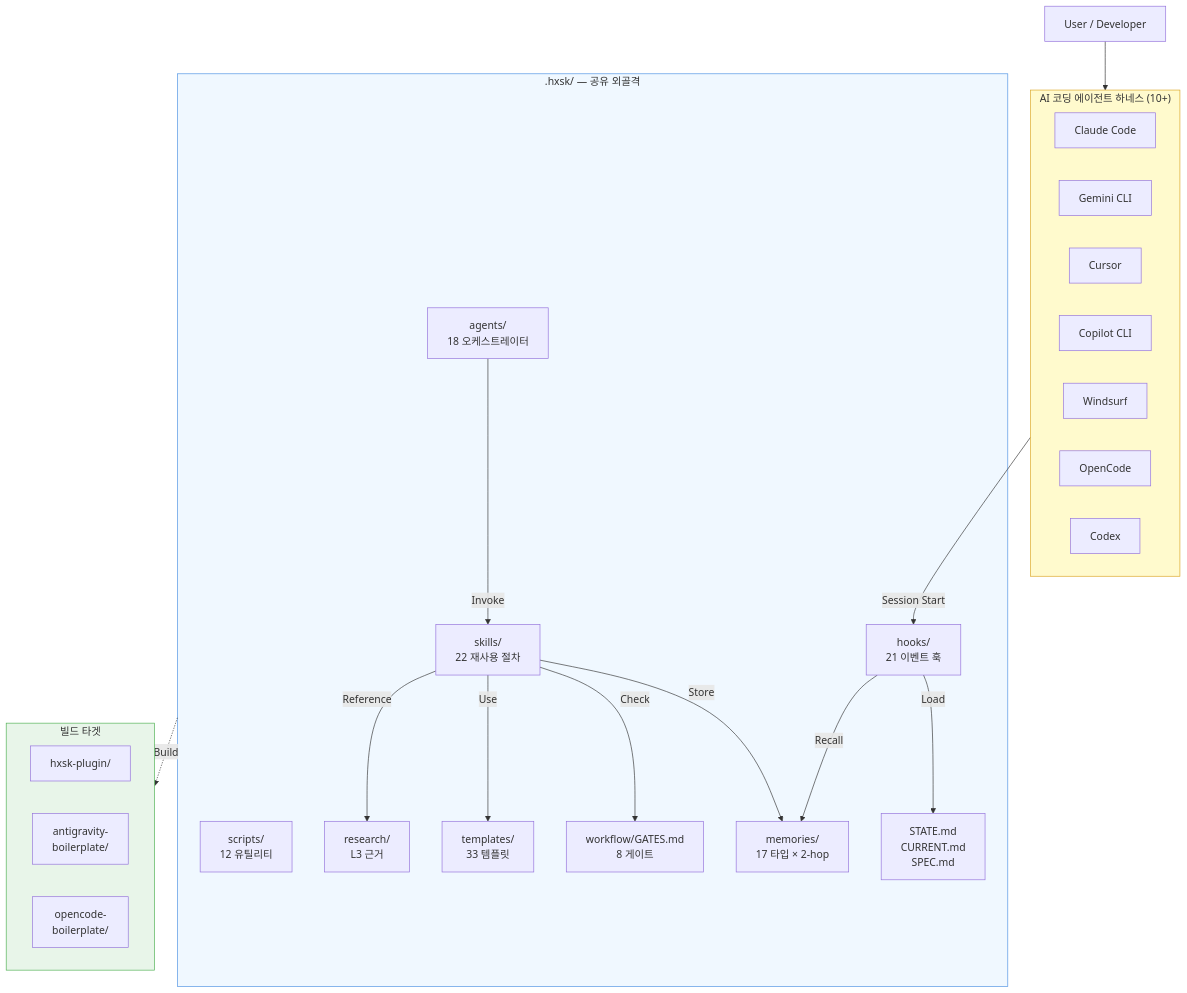
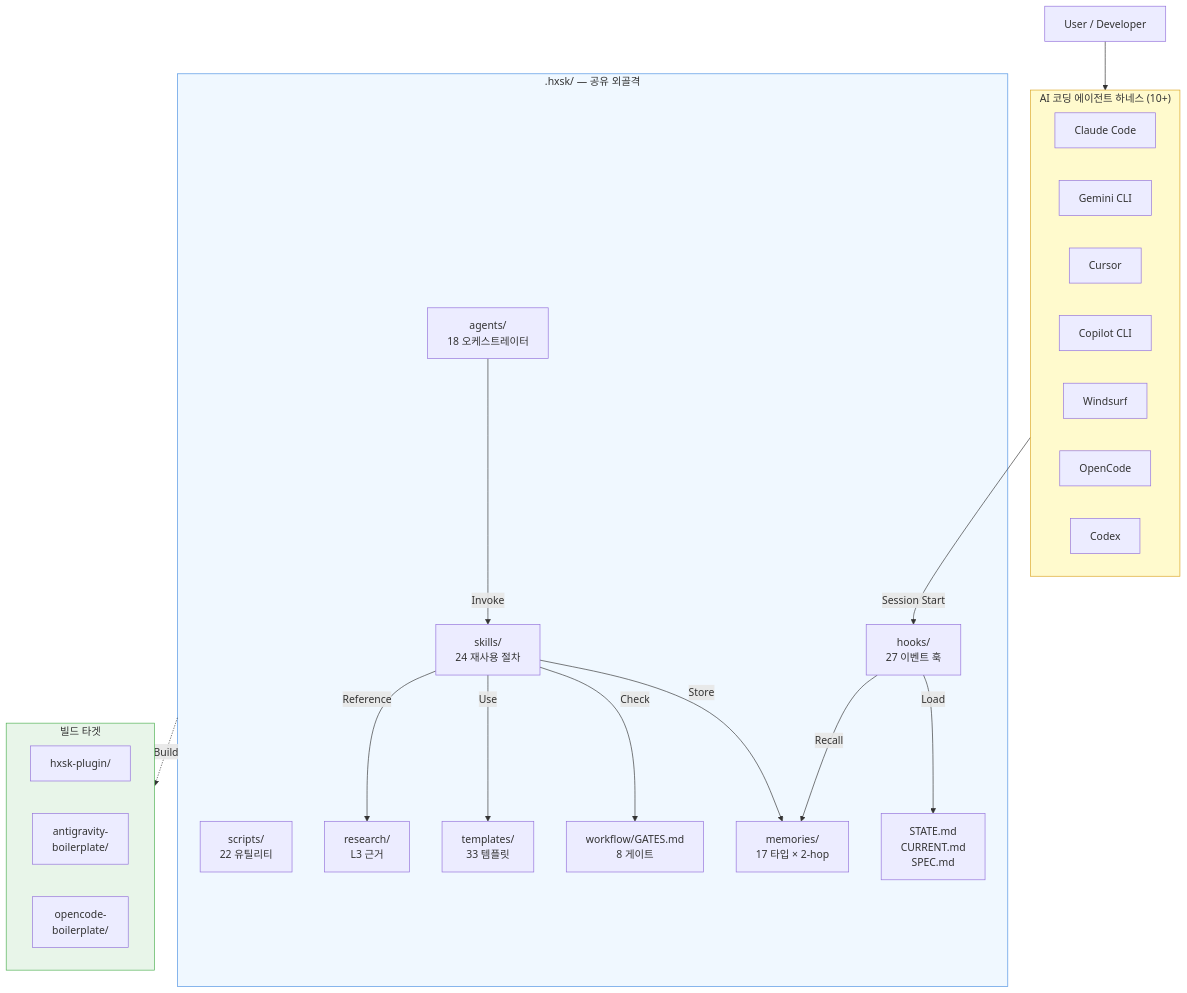
One commit to SukbeomH/HExoskeleton changed the first of 10 diagrams in docs/system-architecture.md. Above: the diagram before and after it, drawn with Mermaid. The commit also changed other lines of this file and 1 other file, not shown here.

Commit message:
docs(public): 코드베이스·시스템 구조 카운트 갱신
Ultraworked with [Sisyphus](https://github.com/code-yeongyu/oh-my-openagent)

````diff
--- a/docs/system-architecture.md
+++ b/docs/system-architecture.md
@@ -9,48 +9,48 @@
 ```mermaid
 graph TB
     User[User / Developer]
 
     subgraph Harness["AI 코딩 에이전트 하네스 (10+)"]
         CC[Claude Code]
         GC[Gemini CLI]
         CU[Cursor]
         CP[Copilot CLI]
         WS[Windsurf]
         OC[OpenCode]
         CX[Codex]
     end
 
     subgraph HXSK[".hxsk/ — 공유 외골격"]
-        Skills[skills/<br/>22 재사용 절차]
+        Skills[skills/<br/>24 재사용 절차]
         Agents[agents/<br/>18 오케스트레이터]
-        Hooks[hooks/<br/>21 이벤트 훅]
-        Scripts[scripts/<br/>12 유틸리티]
+        Hooks[hooks/<br/>27 이벤트 훅]
+        Scripts[scripts/<br/>22 유틸리티]
         Memory[memories/<br/>17 타입 × 2-hop]
         Workflow[workflow/GATES.md<br/>8 게이트]
         Templates[templates/<br/>33 템플릿]
         State[STATE.md<br/>CURRENT.md<br/>SPEC.md]
         Research[research/<br/>L3 근거]
     end
 
     subgraph Outputs["빌드 타겟"]
         Plugin[hxsk-plugin/]
         Antigrav[antigravity-<br/>boilerplate/]
         OpenCodeOut[opencode-<br/>boilerplate/]
     end
 
     User --> Harness
     Harness -->|Session Start| Hooks
     Hooks -->|Load| State
     Hooks -->|Recall| Memory
     Agents -->|Invoke| Skills
     Skills -->|Store| Memory
     Skills -->|Check| Workflow
     Skills -->|Use| Templates
     Skills -->|Reference| Research
 
     HXSK -.Build.-> Outputs
 
     style HXSK fill:#f0f8ff,stroke:#4a90e2
     style Harness fill:#fffacd,stroke:#daa520
     style Outputs fill:#e8f5e9,stroke:#4caf50
 ```
````
